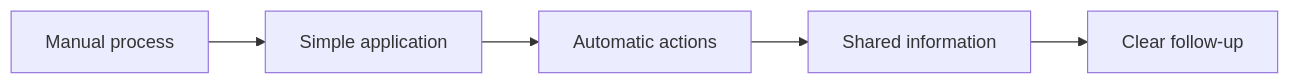
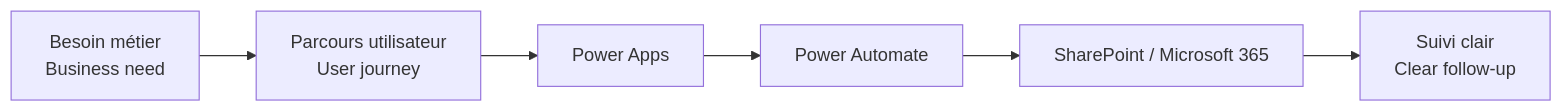
One commit to jeffersonkuku/jefferson-Mawapanga-Saku changed the first of 2 diagrams in README.md. Above: the diagram before and after it, drawn with Mermaid. The commit also changed other lines of this file and 1 other file, not shown here.

Commit message:
Rebuild Power Platform landing pages with paired bilingual project cards

````diff
--- a/README.md
+++ b/README.md
@@ -34,7 +10,8 @@
 ```mermaid
 flowchart LR
-    A[Manual process] --> B[Simple application]
-    B --> C[Automatic actions]
-    C --> D[Shared information]
-    D --> E[Clear follow-up]
+    A[Besoin métier<br/>Business need] --> B[Parcours utilisateur<br/>User journey]
+    B --> C[Power Apps]
+    C --> D[Power Automate]
+    D --> E[SharePoint / Microsoft 365]
+    E --> F[Suivi clair<br/>Clear follow-up]
 ```
````
